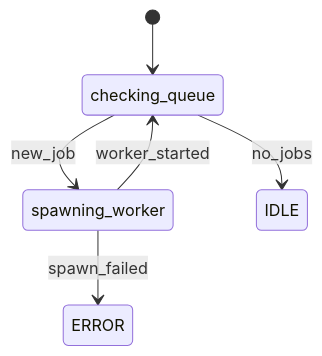
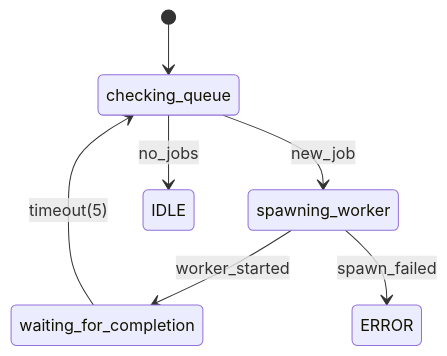
Before and after one commit to sheikkinen/statemachine-engine: the diagram in docs/fsm-diagrams/concurrent-controller/PROCESSING.mermaid, drawn with Mermaid. The commit also changed 5 other files, not shown here.

```diff
--- a/docs/fsm-diagrams/concurrent-controller/PROCESSING.mermaid
+++ b/docs/fsm-diagrams/concurrent-controller/PROCESSING.mermaid
@@ -1,16 +1,17 @@
 stateDiagram-v2
     %% Detailed view of PROCESSING
 
     [*] --> checking_queue
 
     %% Internal transitions
     checking_queue --> spawning_worker : new_job
-    spawning_worker --> checking_queue : worker_started
+    spawning_worker --> waiting_for_completion : worker_started
+    waiting_for_completion --> checking_queue : timeout(5)
 
     %% External composites
     state IDLE
     state ERROR
 
     %% Transitions to other composites
     checking_queue --> IDLE : no_jobs
     spawning_worker --> ERROR : spawn_failed
```
